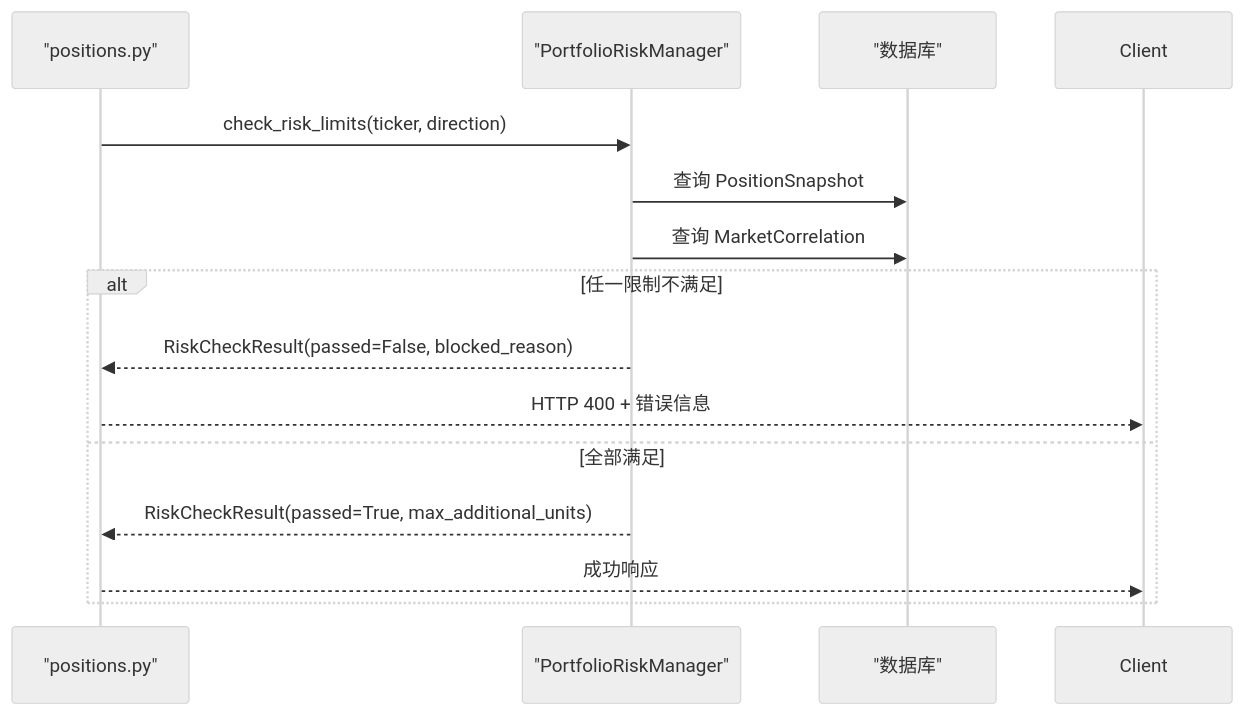
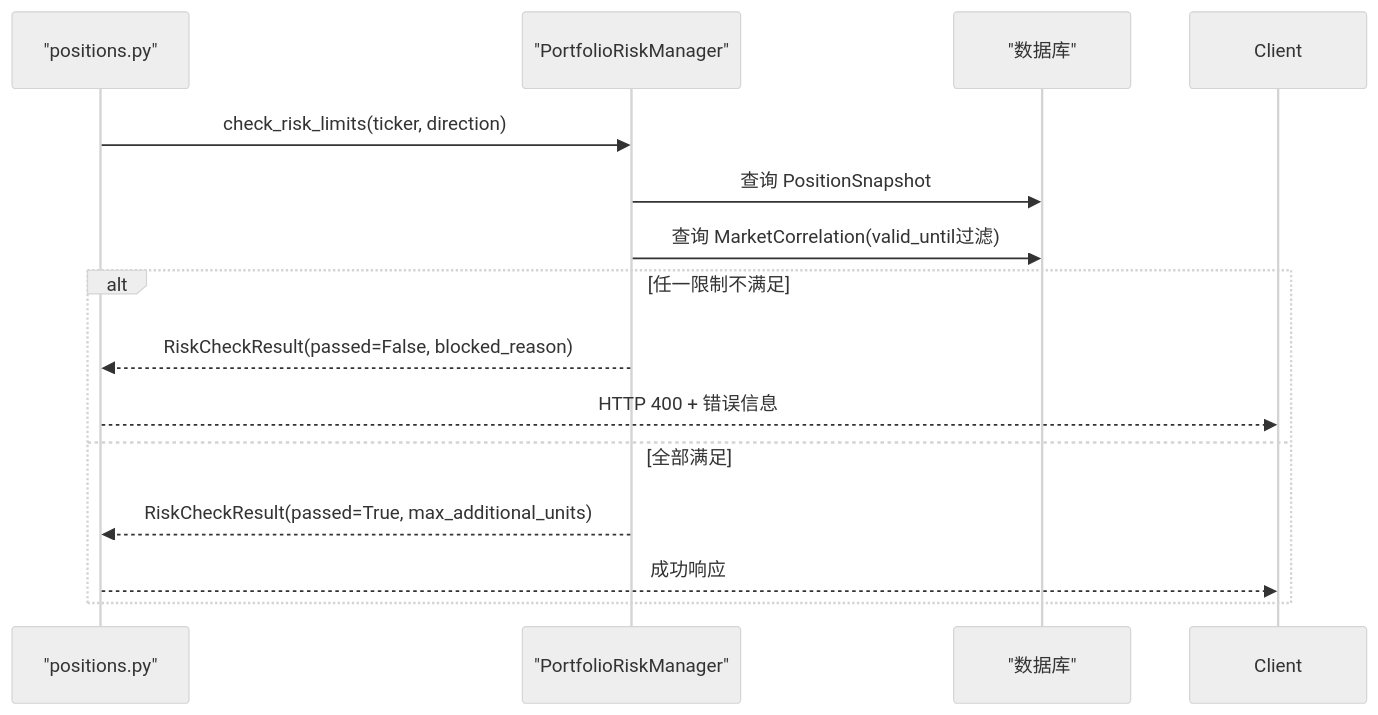
One commit to raymodny-ai/The-Modern-Turtle-Protocol changed the fifth of 7 diagrams in .qoder/repowiki/zh/content/核心功能模块/风险管理系统/投资组合风险控制.md. Above: the diagram before and after it, drawn with Mermaid (neutral theme). The commit also changed other lines of this file and 15 other files, not shown here.

````diff
--- a/.qoder/repowiki/zh/content/核心功能模块/风险管理系统/投资组合风险控制.md
+++ b/.qoder/repowiki/zh/content/核心功能模块/风险管理系统/投资组合风险控制.md
@@ -194,16 +219,16 @@
 ```mermaid
 sequenceDiagram
 participant API as "positions.py"
 participant RM as "PortfolioRiskManager"
 participant DB as "数据库"
 API->>RM : check_risk_limits(ticker, direction)
 RM->>DB : 查询 PositionSnapshot
-RM->>DB : 查询 MarketCorrelation
+RM->>DB : 查询 MarketCorrelation(valid_until过滤)
 alt 任一限制不满足
 RM-->>API : RiskCheckResult(passed=False, blocked_reason)
 API-->>Client : HTTP 400 + 错误信息
 else 全部满足
 RM-->>API : RiskCheckResult(passed=True, max_additional_units)
 API-->>Client : 成功响应
 end
 ```
````
